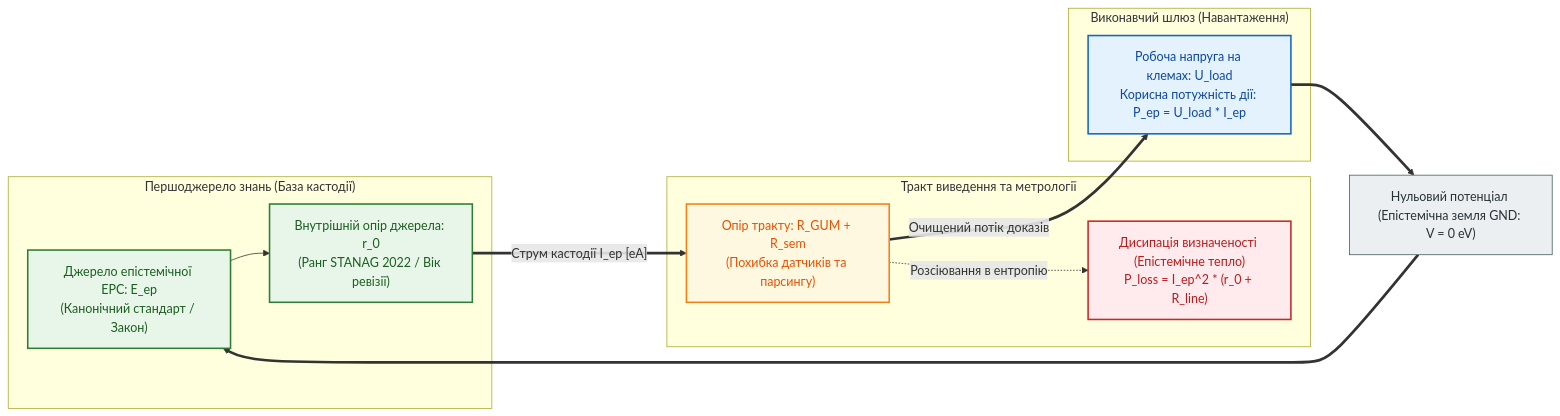
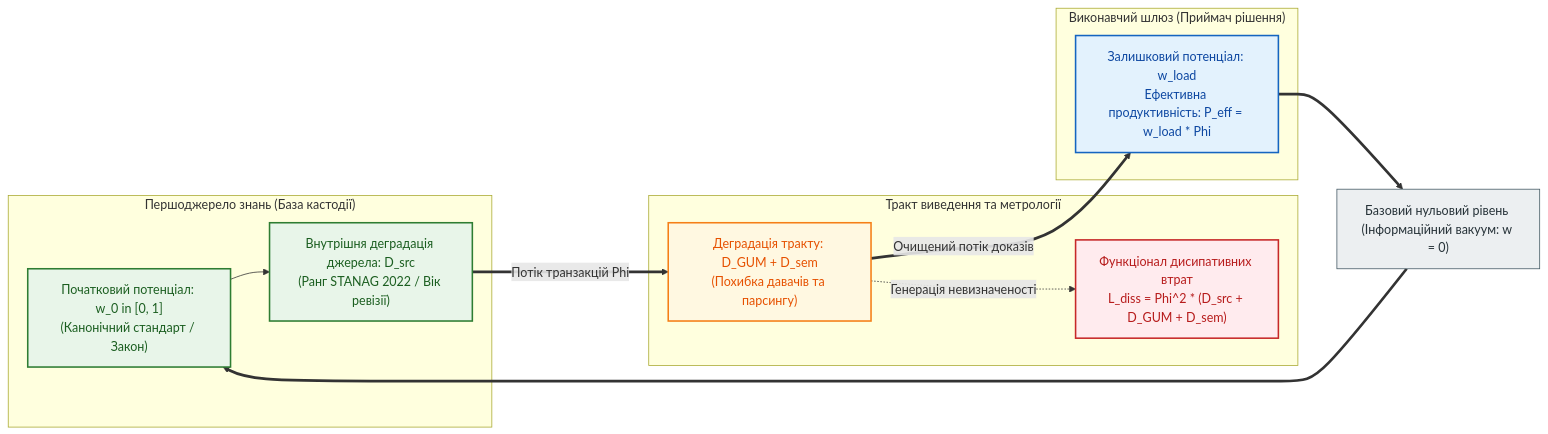
Before and after one commit to nick-fedchik/articles: the diagram in Epistemic_Circuit_Theory/ch02-fundamental-quantities-and-ohms-law.md, drawn with Mermaid. The commit also changed other lines of this file and 10 other files, not shown here.

````diff
--- a/Epistemic_Circuit_Theory/ch02-fundamental-quantities-and-ohms-law.md
+++ b/Epistemic_Circuit_Theory/ch02-fundamental-quantities-and-ohms-law.md
@@ -58,40 +61,40 @@
 ```mermaid
 flowchart LR
-    accTitle: Рисунок 2.1. Замкнене епістемічне коло з джерелом кастодії, внутрішнім опором та виконавчим навантаженням
-    accDescr: Джерело епістемічної ЕРС із внутрішнім опором r_0 створює струм I_ep через опір лінії передачі R_line та виконавчий шлюз R_load, на яких виділяється корисна потужність P_ep і тепло втрат P_loss.
+    accTitle: Рисунок 2.1. Структурна схема тракту епістемічної обчислювальної схеми
+    accDescr: Першоджерело з потенціалом w_0 та внутрішньою деградацією D_src передає потік верифікації Phi через тракт із метрологічною деградацією D_GUM + D_sem на виконавчий шлюз, де обчислюється залишковий потенціал w_load та функціонал втрат L_diss.
 
     subgraph SourceBlock ["Першоджерело знань (База кастодії)"]
-        EMF["Джерело епістемічної ЕРС: E_ep\n(Канонічний стандарт / Закон)"]
-        Rint["Внутрішній опір джерела: r_0\n(Ранг STANAG 2022 / Вік ревізії)"]
-        EMF --> Rint
+        W0["Початковий потенціал: w_0 in [0, 1]\n(Канонічний стандарт / Закон)"]
+        Dsrc["Внутрішня деградація джерела: D_src\n(Ранг STANAG 2022 / Вік ревізії)"]
+        W0 --> Dsrc
     end
 
     subgraph LineBlock ["Тракт виведення та метрології"]
-        Rline["Опір тракту: R_GUM + R_sem\n(Похибка датчиків та парсингу)"]
-        Ploss["Дисипація визначеності (Епістемічне тепло)\nP_loss = I_ep^2 * (r_0 + R_line)"]
-        Rline -.->|"Розсіювання в ентропію"| Ploss
+        Dline["Деградація тракту: D_GUM + D_sem\n(Похибка давачів та парсингу)"]
+        Ldiss["Функціонал дисипативних втрат\nL_diss = Phi^2 * (D_src + D_GUM + D_sem)"]
+        Dline -.->|"Генерація невизначеності"| Ldiss
     end
 
-    subgraph LoadBlock ["Виконавчий шлюз (Навантаження)"]
-        Uload["Робоча напруга на клемах: U_load\nКорисна потужність дії: P_ep = U_load * I_ep"]
+    subgraph LoadBlock ["Виконавчий шлюз (Приймач рішення)"]
+        Wload["Залишковий потенціал: w_load\nЕфективна продуктивність: P_eff = w_load * Phi"]
     end
 
-    GND["Нульовий потенціал (Епістемічна земля GND: V = 0 eV)"]
+    ZeroRef["Базовий нульовий рівень (Інформаційний вакуум: w = 0)"]
 
-    Rint ==>|"Струм кастодії I_ep [eA]"| Rline
-    Rline ==>|"Очищений потік доказів"| Uload
-    Uload ==> GND
-    GND ==> EMF
+    Dsrc ==>|"Потік транзакцій Phi"| Dline
+    Dline ==>|"Очищений потік доказів"| Wload
+    Wload ==> ZeroRef
+    ZeroRef ==> W0
 
     classDef src fill:#e8f5e9,stroke:#2e7d32,stroke-width:2px,color:#1b5e20;
     classDef line fill:#fff8e1,stroke:#f57f17,stroke-width:2px,color:#e65100;
     classDef loss fill:#ffebee,stroke:#c62828,stroke-width:2px,color:#b71c1c;
     classDef load fill:#e3f2fd,stroke:#1565c0,stroke-width:2px,color:#0d47a1;
     classDef gnd fill:#eceff1,stroke:#455a64,stroke-width:1px,color:#263238;
 
-    class EMF,Rint src;
-    class Rline line;
-    class Ploss loss;
-    class Uload load;
-    class GND gnd;
+    class W0,Dsrc src;
+    class Dline line;
+    class Ldiss loss;
+    class Wload load;
+    class ZeroRef gnd;
 ```
````
